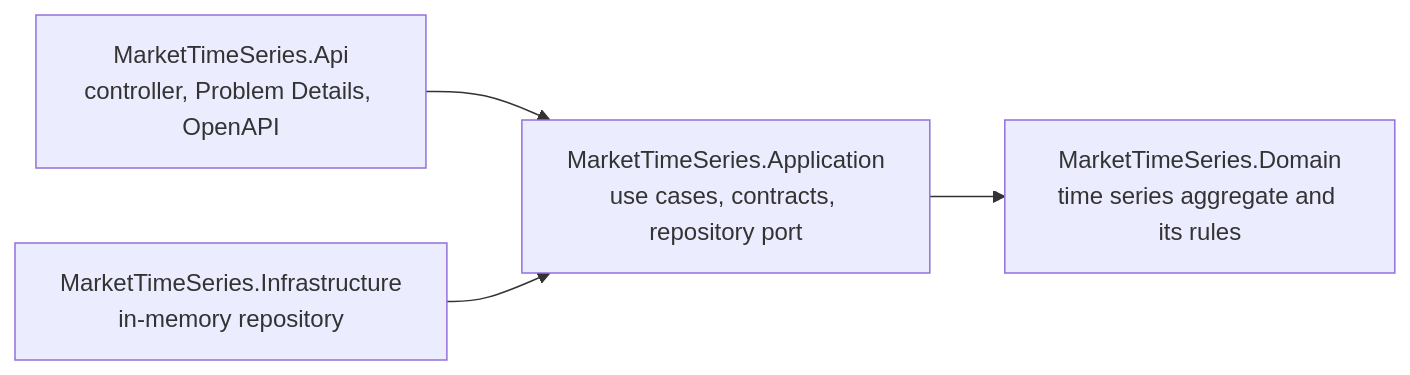
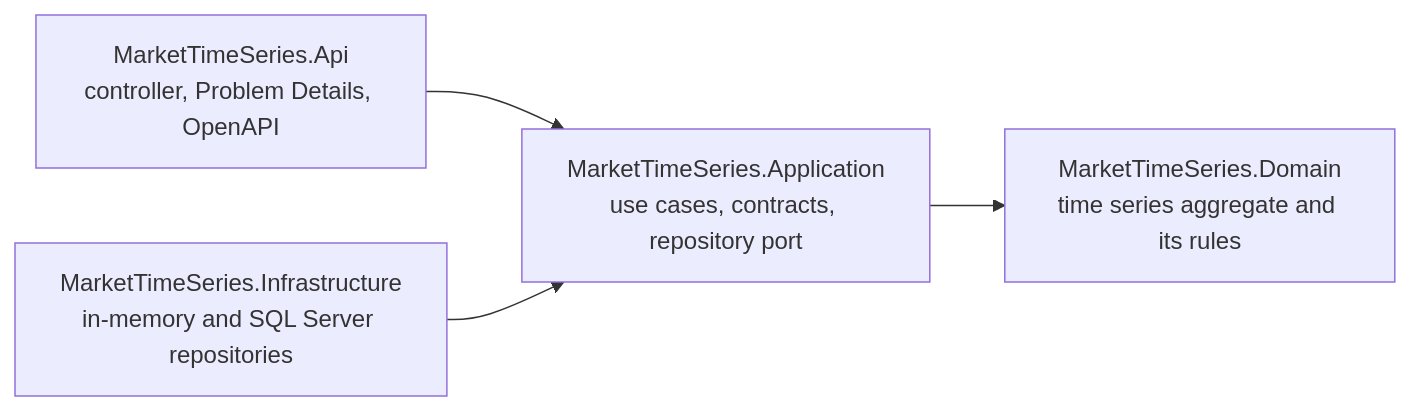
Before and after one commit to canberkileri/electricity-market-timeseries-api: the diagram in README.md, drawn with Mermaid. The commit also changed other lines of this file and 1 other file, not shown here.

First line of the commit message:
Document the SQL Server design and the path beyond it

````diff
--- a/README.md
+++ b/README.md
@@ -55,7 +55,7 @@
 ```mermaid
 flowchart LR
     Api[MarketTimeSeries.Api<br/>controller, Problem Details, OpenAPI] --> Application
-    Infrastructure[MarketTimeSeries.Infrastructure<br/>in-memory repository] --> Application
+    Infrastructure[MarketTimeSeries.Infrastructure<br/>in-memory and SQL Server repositories] --> Application
     Application[MarketTimeSeries.Application<br/>use cases, contracts, repository port] --> Domain
     Domain[MarketTimeSeries.Domain<br/>time series aggregate and its rules]
 ```
````
